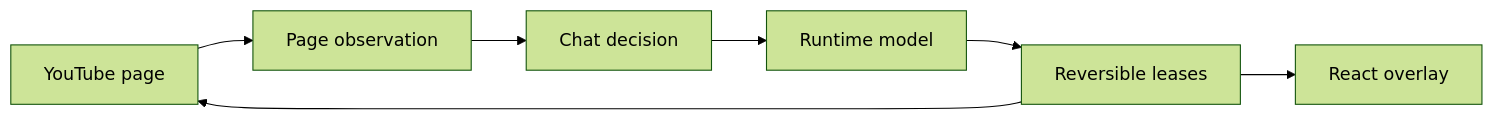
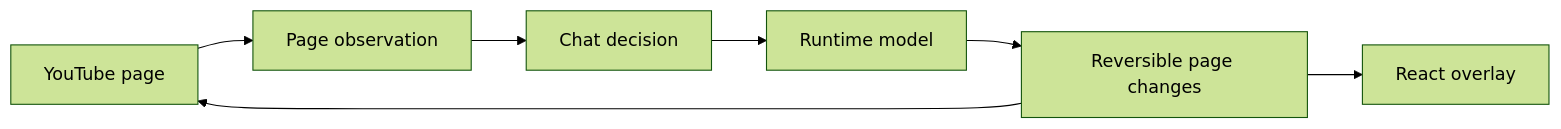
One commit to daichan132/Youtube-Live-Chat-Fullscreen changed the diagram in docs/engineering.md. Above: the diagram before and after it, drawn with Mermaid (forest theme). The commit also changed other lines of this file and 19 other files, not shown here.

````diff
--- a/docs/engineering.md
+++ b/docs/engineering.md
@@ -26,9 +21,9 @@
 ```mermaid
 flowchart LR
   Page[YouTube page] --> Adapter[Page observation]
   Adapter --> Decision[Chat decision]
   Decision --> Model[Runtime model]
-  Model --> Leases[Reversible leases]
+  Model --> Leases[Reversible page changes]
   Leases --> Page
   Leases --> View[React overlay]
 ```
````
